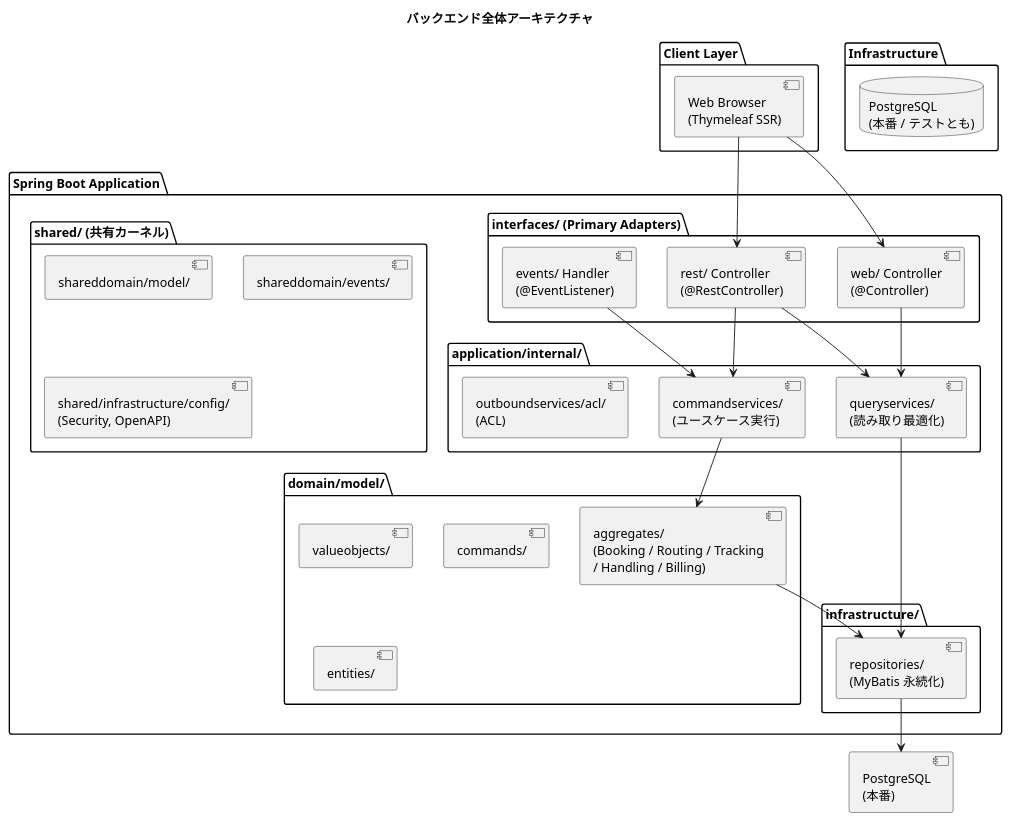
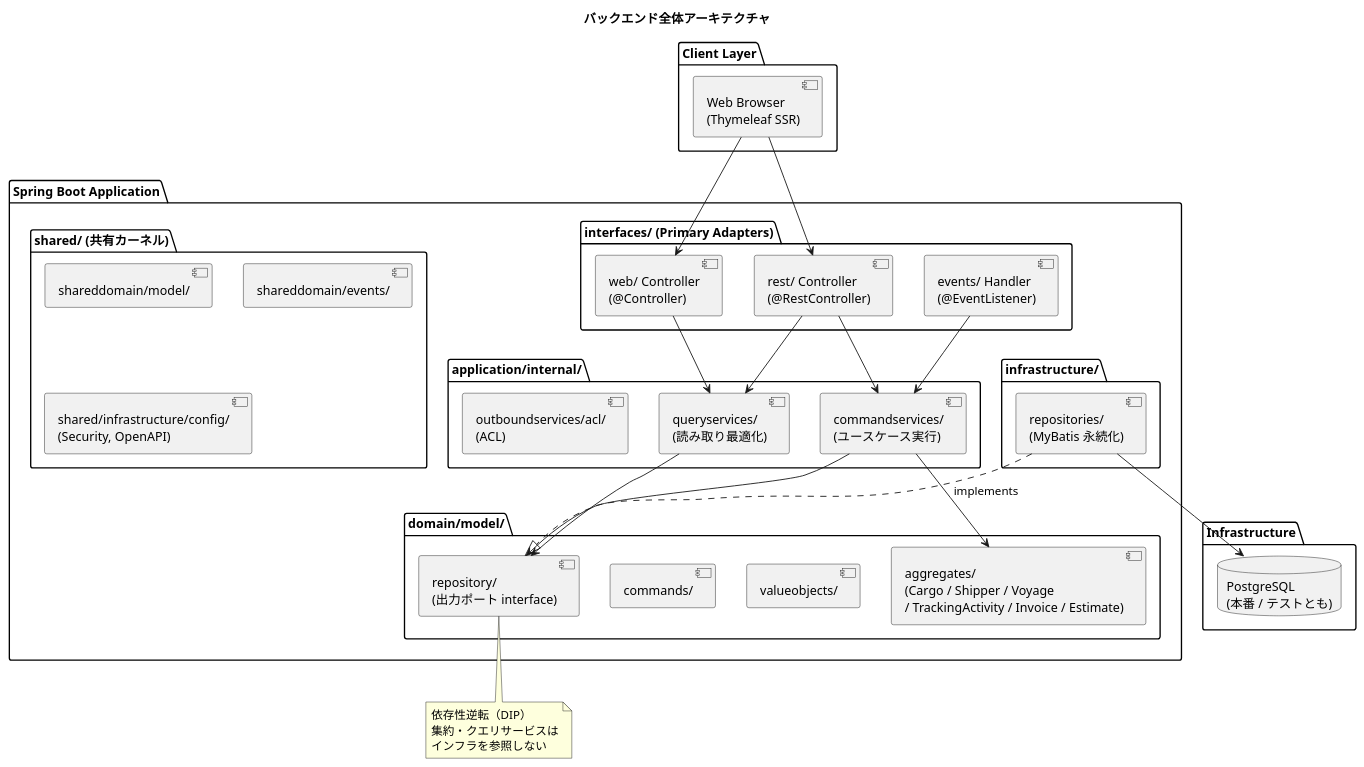
Before and after one commit to k2works/case-study-cargo-tracker: the first of 7 diagrams in docs/design/architecture_backend.md, drawn with PlantUML. The commit also changed other lines of this file and 6 other files, not shown here.

````diff
--- a/docs/design/architecture_backend.md
+++ b/docs/design/architecture_backend.md
@@ -39,62 +39,68 @@
 ```plantuml
 @startuml
 title バックエンド全体アーキテクチャ
 
 package "Client Layer" {
   [Web Browser\n(Thymeleaf SSR)]
 }
 
 package "Spring Boot Application" {
 
   package "interfaces/ (Primary Adapters)" {
     [rest/ Controller\n(@RestController)]
     [web/ Controller\n(@Controller)]
     [events/ Handler\n(@EventListener)]
   }
 
   package "application/internal/" {
     [commandservices/\n(ユースケース実行)]
     [queryservices/\n(読み取り最適化)]
     [outboundservices/acl/\n(ACL)]
   }
 
   package "domain/model/" {
-    [aggregates/\n(Booking / Routing / Tracking\n/ Handling / Billing)]
+    [aggregates/\n(Cargo / Shipper / Voyage\n/ TrackingActivity / Invoice / Estimate)]
     [valueobjects/]
     [commands/]
-    [entities/]
+    [repository/\n(出力ポート interface)]
   }
 
   package "infrastructure/" {
     [repositories/\n(MyBatis 永続化)]
   }
 
   package "shared/ (共有カーネル)" {
     [shareddomain/model/]
     [shareddomain/events/]
     [shared/infrastructure/config/\n(Security, OpenAPI)]
   }
 }
 
 package "Infrastructure" {
   database "PostgreSQL\n(本番 / テストとも)"
 }
 
 [Web Browser\n(Thymeleaf SSR)] --> [rest/ Controller\n(@RestController)]
 [Web Browser\n(Thymeleaf SSR)] --> [web/ Controller\n(@Controller)]
 
 [rest/ Controller\n(@RestController)] --> [commandservices/\n(ユースケース実行)]
 [rest/ Controller\n(@RestController)] --> [queryservices/\n(読み取り最適化)]
 [web/ Controller\n(@Controller)] --> [queryservices/\n(読み取り最適化)]
 [events/ Handler\n(@EventListener)] --> [commandservices/\n(ユースケース実行)]
 
-[commandservices/\n(ユースケース実行)] --> [aggregates/\n(Booking / Routing / Tracking\n/ Handling / Billing)]
+[commandservices/\n(ユースケース実行)] --> [aggregates/\n(Cargo / Shipper / Voyage\n/ TrackingActivity / Invoice / Estimate)]
+[commandservices/\n(ユースケース実行)] --> [repository/\n(出力ポート interface)]
+[queryservices/\n(読み取り最適化)] --> [repository/\n(出力ポート interface)]
 
-[queryservices/\n(読み取り最適化)] --> [repositories/\n(MyBatis 永続化)]
+[repositories/\n(MyBatis 永続化)] ..|> [repository/\n(出力ポート interface)] : implements
 
-[aggregates/\n(Booking / Routing / Tracking\n/ Handling / Billing)] --> [repositories/\n(MyBatis 永続化)]
+[repositories/\n(MyBatis 永続化)] --> [PostgreSQL\n(本番 / テストとも)]
 
-[repositories/\n(MyBatis 永続化)] --> [PostgreSQL\n(本番)]
+note bottom of [repository/\n(出力ポート interface)]
+  依存性逆転（DIP）
+  集約・クエリサービスは
+  インフラを参照しない
+end note
 
 @enduml
 ```
````
